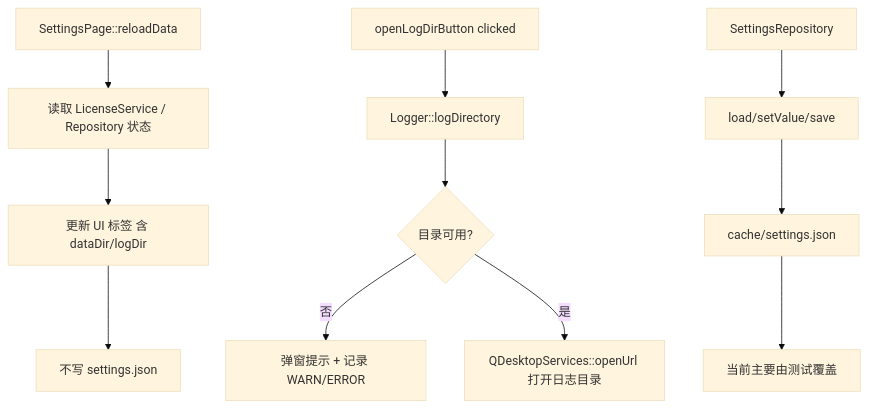
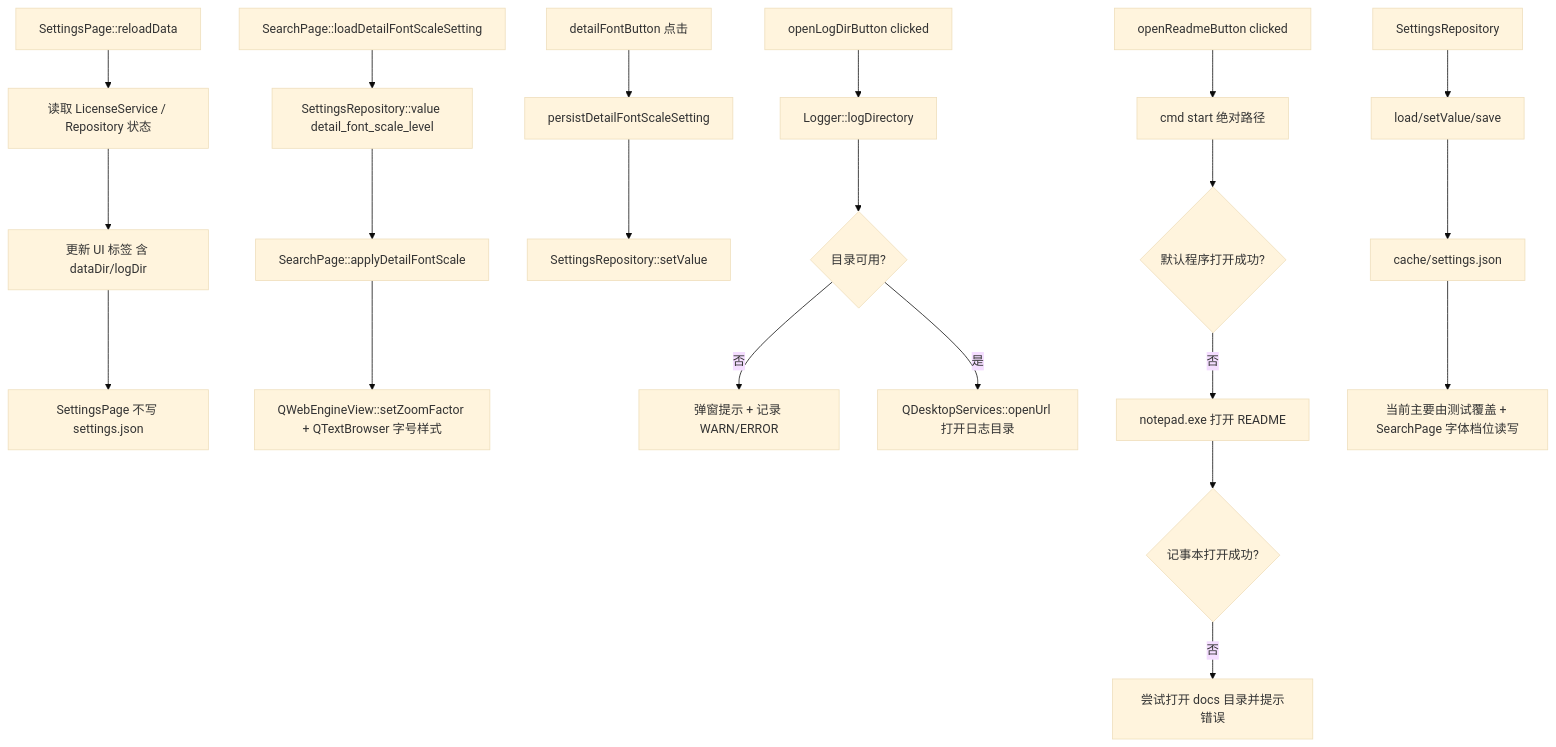
Before and after one commit to yfchenggithub/math_search_win: the seventh of 9 diagrams in docs/runtime_flow.md, drawn with Mermaid (base theme). The commit also changed other lines of this file and 13 other files, not shown here.

````diff
--- a/docs/runtime_flow.md
+++ b/docs/runtime_flow.md
@@ -209,15 +214,27 @@
 ```mermaid
 flowchart TD
-  A[SettingsPage::reloadData] --> B[读取 LicenseService / Repository 状态]
-  B --> C[更新 UI 标签 含 dataDir/logDir]
-  C --> D[不写 settings.json]
+  UIA[SettingsPage::reloadData] --> UIB[读取 LicenseService / Repository 状态]
+  UIB --> UIC[更新 UI 标签 含 dataDir/logDir]
+  UIC --> UID[SettingsPage 不写 settings.json]
 
-  I[openLogDirButton clicked] --> J[Logger::logDirectory]
-  J --> K{目录可用?}
-  K -- 否 --> L[弹窗提示 + 记录 WARN/ERROR]
-  K -- 是 --> M[QDesktopServices::openUrl 打开日志目录]
+  S1[SearchPage::loadDetailFontScaleSetting] --> S2[SettingsRepository::value detail_font_scale_level]
+  S2 --> S3[SearchPage::applyDetailFontScale]
+  S3 --> S4[QWebEngineView::setZoomFactor + QTextBrowser 字号样式]
+  S5[detailFontButton 点击] --> S6[persistDetailFontScaleSetting]
+  S6 --> S7[SettingsRepository::setValue]
 
-  E[SettingsRepository] --> F[load/setValue/save]
-  F --> G[cache/settings.json]
-  G --> H[当前主要由测试覆盖]
+  LOG1[openLogDirButton clicked] --> LOG2[Logger::logDirectory]
+  LOG2 --> LOG3{目录可用?}
+  LOG3 -- 否 --> LOG4[弹窗提示 + 记录 WARN/ERROR]
+  LOG3 -- 是 --> LOG5[QDesktopServices::openUrl 打开日志目录]
+
+  RE1[openReadmeButton clicked] --> RE2[cmd start 绝对路径]
+  RE2 --> RE3{默认程序打开成功?}
+  RE3 -- 否 --> RE4[notepad.exe 打开 README]
+  RE4 --> RE5{记事本打开成功?}
+  RE5 -- 否 --> RE6[尝试打开 docs 目录并提示错误]
+
+  REP1[SettingsRepository] --> REP2[load/setValue/save]
+  REP2 --> REP3[cache/settings.json]
+  REP3 --> REP4[当前主要由测试覆盖 + SearchPage 字体档位读写]
 ```
````
